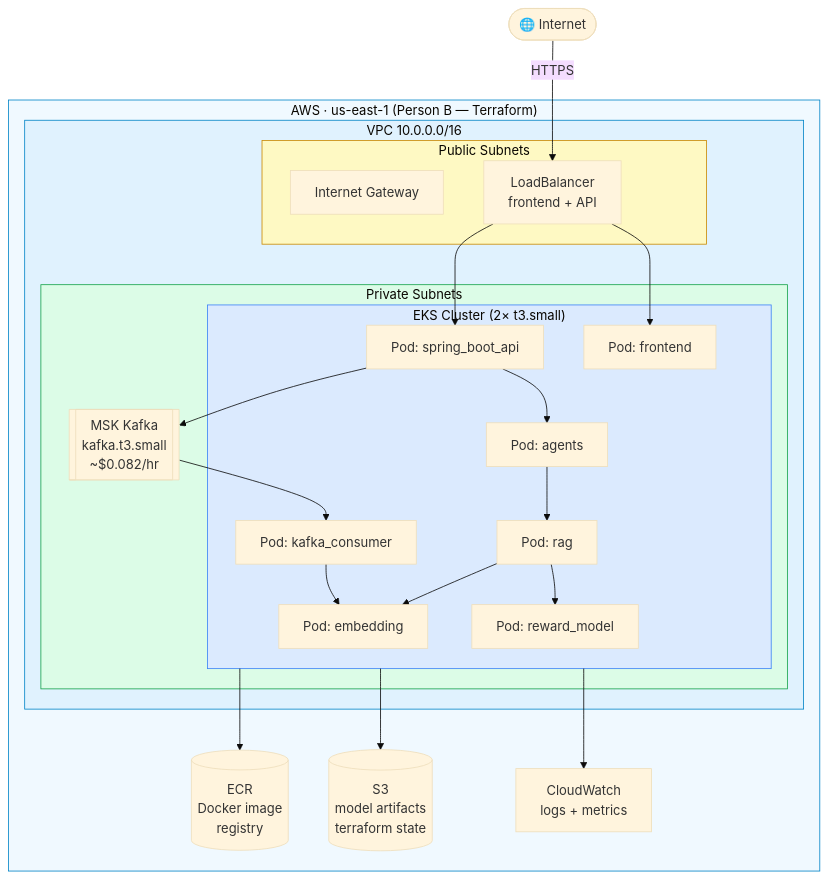
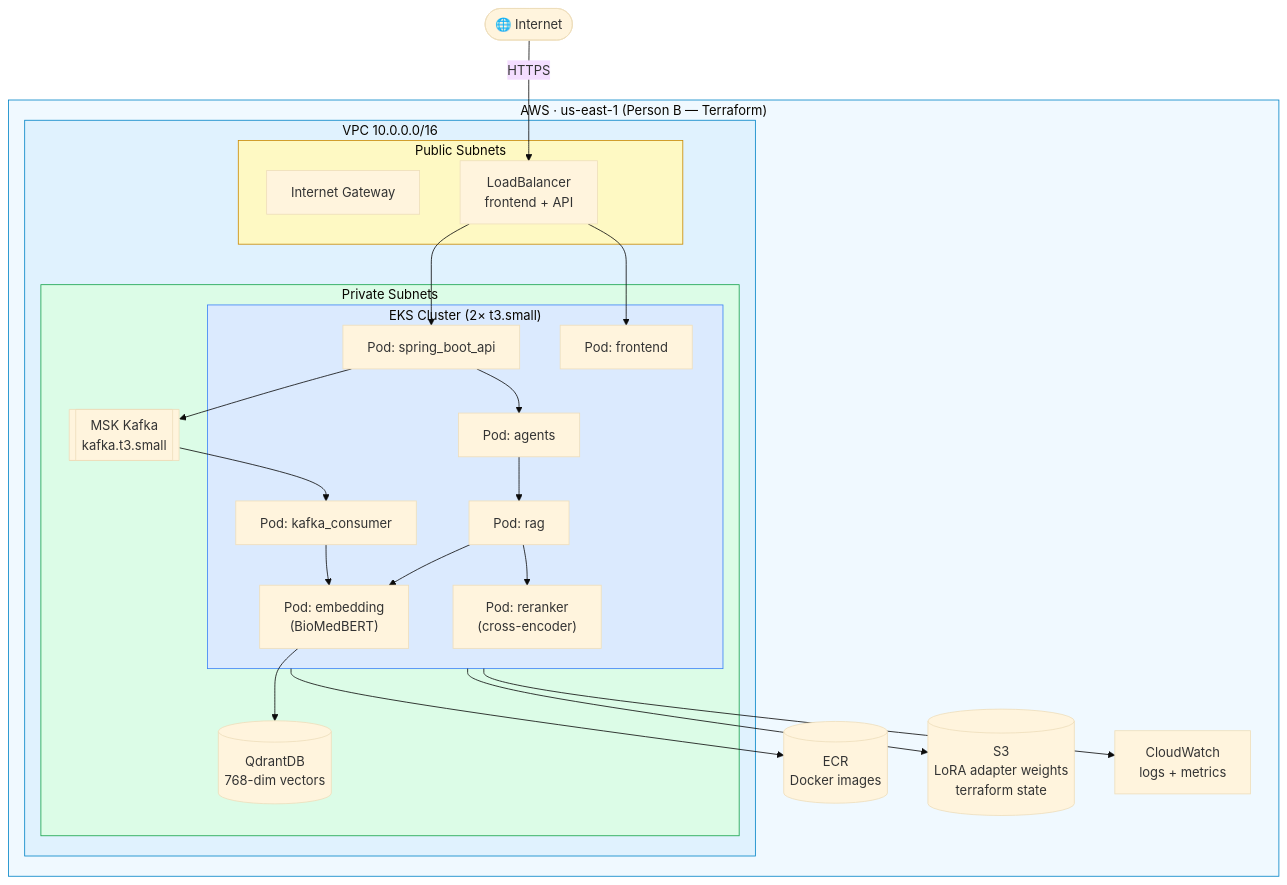
The fourth of 5 diagrams in ARCHITECTURE.md (kunaljtamhane/MediQuery), drawn with Mermaid (base theme) before and after one commit. The commit also changed other lines of this file and 20 other files, not shown here.

````diff
--- a/ARCHITECTURE.md
+++ b/ARCHITECTURE.md
@@ -287,54 +309,50 @@
 ```mermaid
 flowchart TD
     Internet(["🌐 Internet"])
 
     subgraph AWS ["AWS · us-east-1  (Person B — Terraform)"]
-
         subgraph VPC ["VPC  10.0.0.0/16"]
-
             subgraph Public ["Public Subnets"]
                 IGW["Internet Gateway"]
                 LB["LoadBalancer\nfrontend + API"]
             end
-
             subgraph Private ["Private Subnets"]
-
                 subgraph EKS ["EKS Cluster  (2× t3.small)"]
-                    PodEmb["Pod: embedding"]
+                    PodEmb["Pod: embedding\n(BioMedBERT)"]
                     PodRAG["Pod: rag"]
-                    PodRM["Pod: reward_model"]
+                    PodRE["Pod: reranker\n(cross-encoder)"]
                     PodAgents["Pod: agents"]
                     PodConsumer["Pod: kafka_consumer"]
                     PodSB["Pod: spring_boot_api"]
                     PodFE["Pod: frontend"]
                 end
-
-                MSK[["MSK Kafka\nkafka.t3.small\n~$0.082/hr"]]
+                MSK[["MSK Kafka\nkafka.t3.small"]]
+                Qdrant[("QdrantDB\n768-dim vectors")]
             end
         end
-
-        ECR[("ECR\nDocker image\nregistry")]
-        S3[("S3\nmodel artifacts\nterraform state")]
+        ECR[("ECR\nDocker images")]
+        S3[("S3\nLoRA adapter weights\nterraform state")]
         CW["CloudWatch\nlogs + metrics"]
     end
 
     Internet -->|HTTPS| LB
     LB --> PodFE
     LB --> PodSB
     PodSB --> MSK
     MSK --> PodConsumer
     PodConsumer --> PodEmb
     PodSB --> PodAgents
     PodAgents --> PodRAG
     PodRAG --> PodEmb
-    PodRAG --> PodRM
+    PodRAG --> PodRE
+    PodEmb --> Qdrant
     EKS --> ECR
     EKS --> S3
     EKS --> CW
 
     style AWS fill:#f0f9ff,stroke:#0284c7
     style VPC fill:#e0f2fe,stroke:#0284c7
     style EKS fill:#dbeafe,stroke:#3b82f6
     style Public fill:#fef9c3,stroke:#ca8a04
     style Private fill:#dcfce7,stroke:#16a34a
 ```
````
